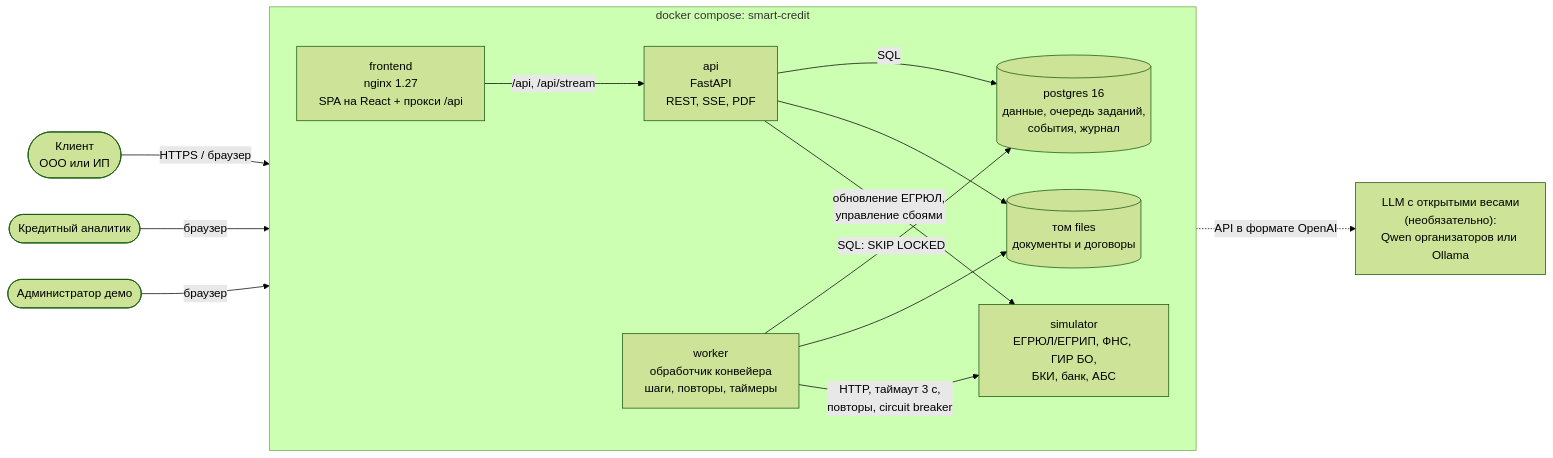
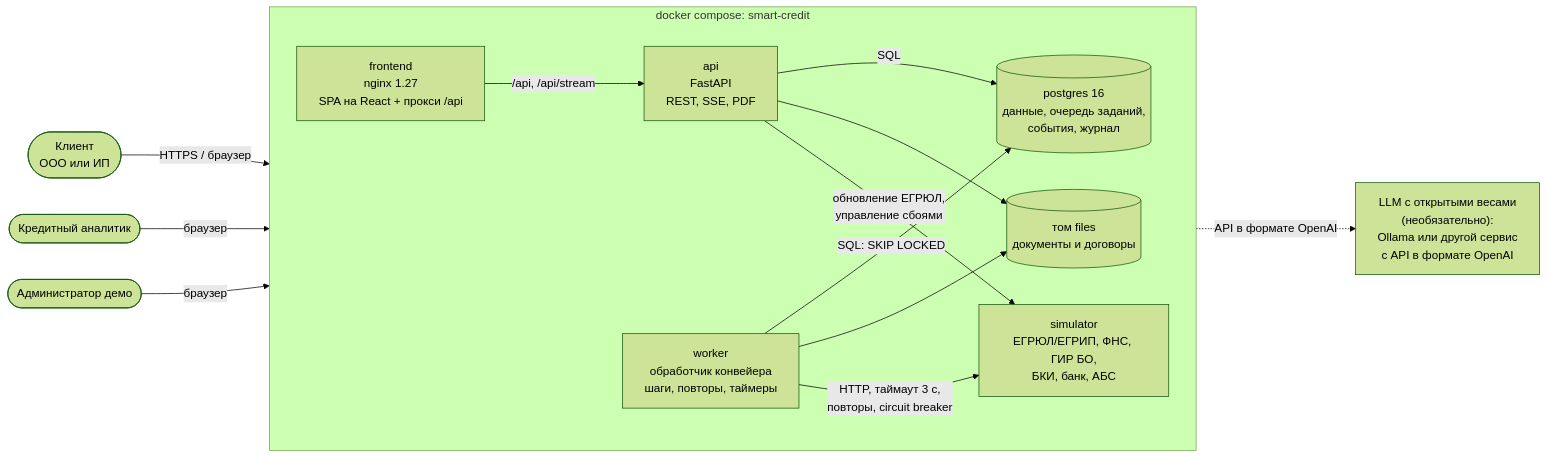
One commit to BreezeAreaSay/alfa-hakaton changed the first of 2 diagrams in docs/architecture.md. Above: the diagram before and after it, drawn with Mermaid (forest theme). The commit also changed other lines of this file and 14 other files, not shown here.

````diff
--- a/docs/architecture.md
+++ b/docs/architecture.md
@@ -7,30 +7,30 @@
 ```mermaid
 flowchart LR
     client(["Клиент<br/>ООО или ИП"])
     analyst(["Кредитный аналитик"])
     admin(["Администратор демо"])
 
     subgraph stand ["docker compose: smart-credit"]
         direction LR
         nginx["frontend<br/>nginx 1.27<br/>SPA на React + прокси /api"]
         api["api<br/>FastAPI<br/>REST, SSE, PDF"]
         worker["worker<br/>обработчик конвейера<br/>шаги, повторы, таймеры"]
         db[("postgres 16<br/>данные, очередь заданий,<br/>события, журнал")]
         files[("том files<br/>документы и договоры")]
         sim["simulator<br/>ЕГРЮЛ/ЕГРИП, ФНС, ГИР БО,<br/>БКИ, банк, АБС"]
     end
 
-    llm["LLM с открытыми весами<br/>(необязательно):<br/>Qwen организаторов или Ollama"]
+    llm["LLM с открытыми весами<br/>(необязательно):<br/>Ollama или другой сервис<br/>с API в формате OpenAI"]
 
     client -- "HTTPS / браузер" --> nginx
     analyst -- "браузер" --> nginx
     admin -- "браузер" --> nginx
     nginx -- "/api, /api/stream" --> api
     api -- "SQL" --> db
     worker -- "SQL: SKIP LOCKED" --> db
     api --> files
     worker --> files
     worker -- "HTTP, таймаут 3 с,<br/>повторы, circuit breaker" --> sim
     api -- "обновление ЕГРЮЛ,<br/>управление сбоями" --> sim
     api -. "API в формате OpenAI" .-> llm
 ```
````
